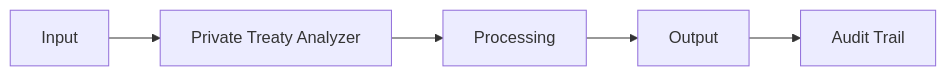
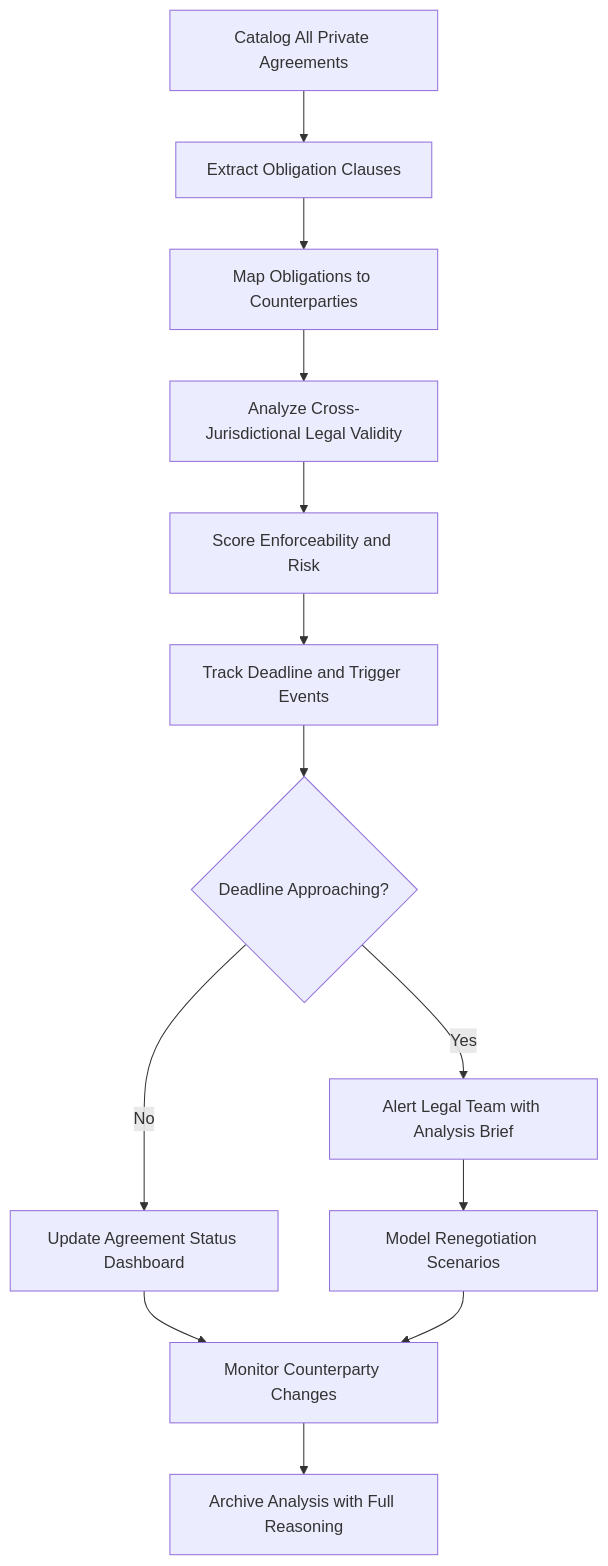
One commit to andrew-leo-2024/marketplace-docs changed the diagram in docs/audiences/05-dynasties/private-treaty-analyzer.mdx. Above: the diagram before and after it, drawn with Mermaid. The commit also changed other lines of this file and 401 other files, not shown here.

````diff
--- a/docs/audiences/05-dynasties/private-treaty-analyzer.mdx
+++ b/docs/audiences/05-dynasties/private-treaty-analyzer.mdx
@@ -29,7 +35,15 @@
 ```mermaid
-graph LR
-    A[Input] --> B[Private Treaty Analyzer]
-    B --> C[Processing]
-    C --> D[Output]
-    D --> E[Audit Trail]
+graph TD
+    A[Catalog All Private Agreements] --> B[Extract Obligation Clauses]
+    B --> C[Map Obligations to Counterparties]
+    C --> D[Analyze Cross-Jurisdictional Legal Validity]
+    D --> E[Score Enforceability and Risk]
+    E --> F[Track Deadline and Trigger Events]
+    F --> G{Deadline Approaching?}
+    G -->|Yes| H[Alert Legal Team with Analysis Brief]
+    G -->|No| I[Update Agreement Status Dashboard]
+    H --> J[Model Renegotiation Scenarios]
+    I --> K[Monitor Counterparty Changes]
+    J --> K
+    K --> L[Archive Analysis with Full Reasoning]
 ```
````
